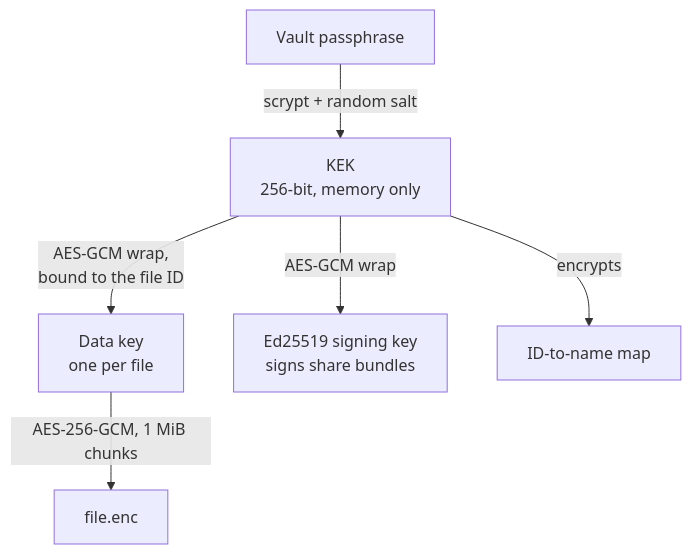
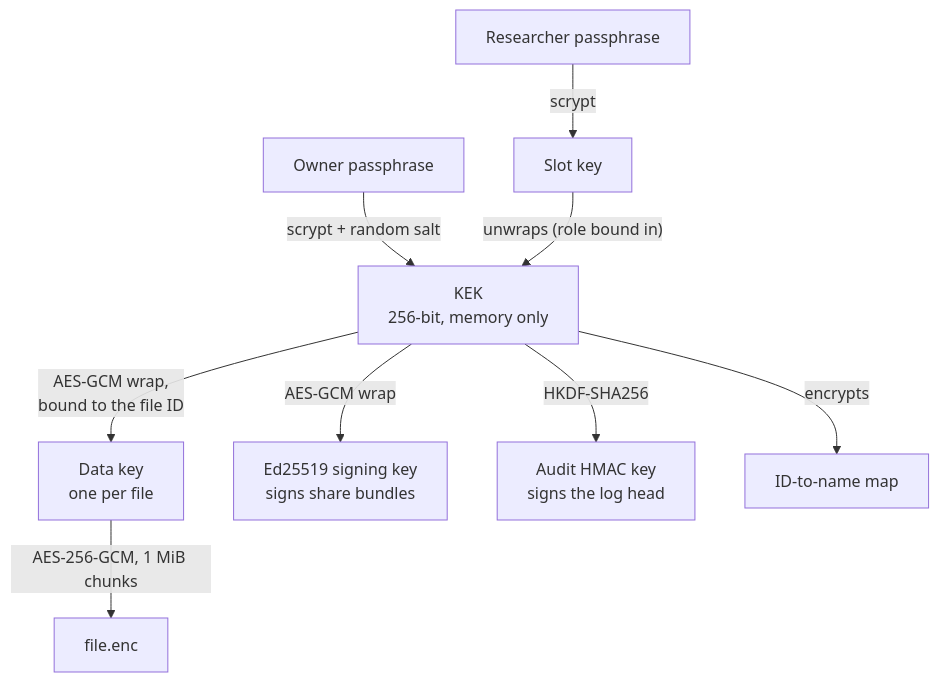
The second of 5 diagrams in README.md (maya573pasha/ChildVault), drawn with Mermaid before and after one commit. The commit also changed other lines of this file and 2 other files, not shown here.

````diff
--- a/README.md
+++ b/README.md
@@ -131,8 +149,11 @@
 ```mermaid
 flowchart TD
-    P["Vault passphrase"] -->|"scrypt + random salt"| KEK["KEK<br/>256-bit, memory only"]
+    P["Owner passphrase"] -->|"scrypt + random salt"| KEK["KEK<br/>256-bit, memory only"]
+    RP["Researcher passphrase"] -->|"scrypt"| UK["Slot key"]
+    UK -->|"unwraps (role bound in)"| KEK
     KEK -->|"AES-GCM wrap,<br/>bound to the file ID"| DK["Data key<br/>one per file"]
     KEK -->|"AES-GCM wrap"| SK["Ed25519 signing key<br/>signs share bundles"]
+    KEK -->|"HKDF-SHA256"| AK["Audit HMAC key<br/>signs the log head"]
     KEK -->|"encrypts"| MAP["ID-to-name map"]
     DK -->|"AES-256-GCM, 1 MiB chunks"| ENC["file.enc"]
 ```
````
